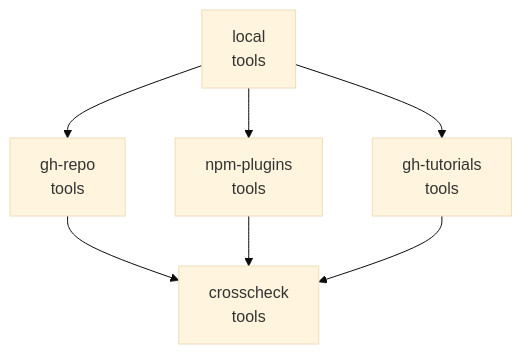
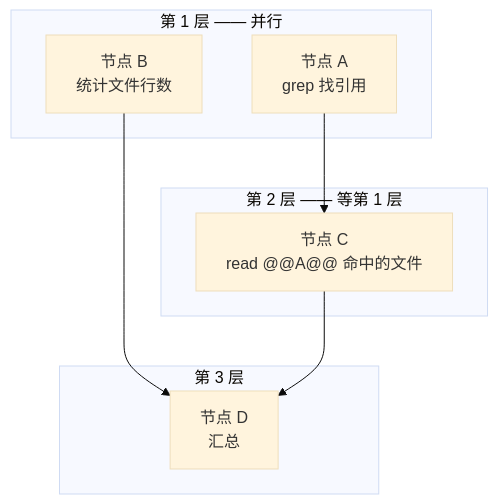
Before and after one commit to zyn19940107/dsh-conductor: the second of 5 diagrams in README.md, drawn with Mermaid (base theme). The commit also changed other lines of this file and 25 other files, not shown here.

Commit message:
README 重写:用图和表格讲清「先规划、同层并行、跨层串行」的思路

````diff
--- a/README.md
+++ b/README.md
@@ -183,14 +41,16 @@
 ```mermaid
-graph TD
-  local["local<br/>tools"]
-  gh_repo["gh-repo<br/>tools"]
-  npm_pkgs["npm-plugins<br/>tools"]
-  gh_tutorials["gh-tutorials<br/>tools"]
-  crosscheck["crosscheck<br/>tools"]
-  local --> gh_repo
-  local --> npm_pkgs
-  local --> gh_tutorials
-  gh_repo --> crosscheck
-  npm_pkgs --> crosscheck
-  gh_tutorials --> crosscheck
+flowchart TD
+    subgraph L1["第 1 层 —— 并行"]
+      A["节点 A<br/>grep 找引用"]
+      B["节点 B<br/>统计文件行数"]
+    end
+    subgraph L2["第 2 层 —— 等第 1 层"]
+      C["节点 C<br/>read @@A@@ 命中的文件"]
+    end
+    subgraph L3["第 3 层"]
+      D["节点 D<br/>汇总"]
+    end
+    A --> C
+    B --> D
+    C --> D
 ```
````
